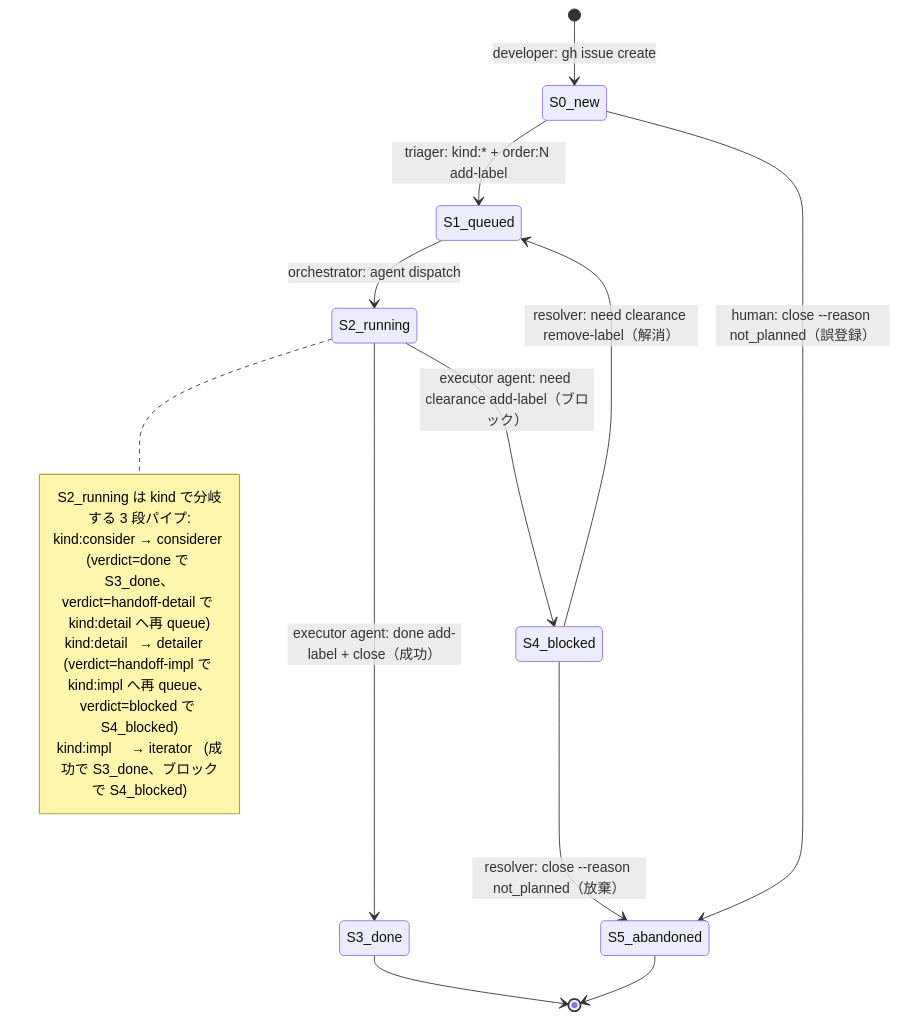
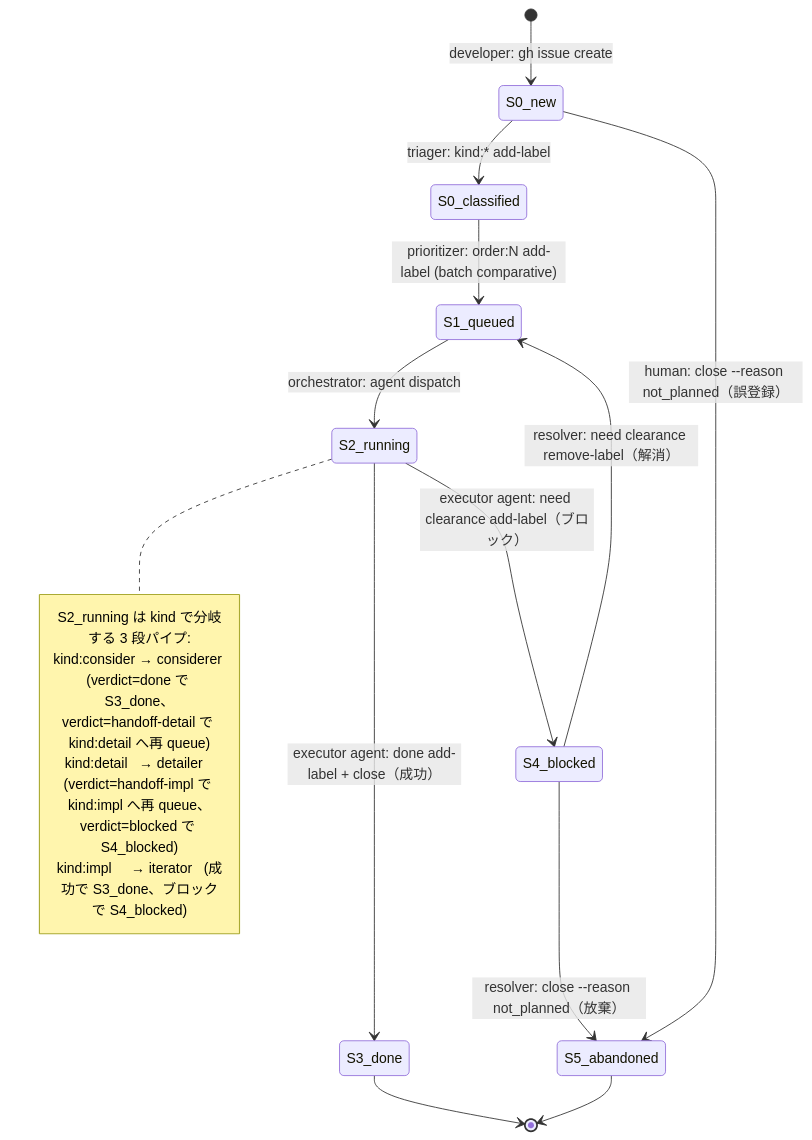
Before and after one commit to tettuan/climpt: the first of 3 diagrams in .agent/workflow-issue-states.md, drawn with Mermaid. The commit also changed other lines of this file and 9 other files, not shown here.

````diff
--- a/.agent/workflow-issue-states.md
+++ b/.agent/workflow-issue-states.md
@@ -35,27 +36,28 @@
 ```mermaid
 stateDiagram-v2
     [*] --> S0_new : developer: gh issue create
 
-    S0_new --> S1_queued : triager: kind:* + order:N add-label
+    S0_new --> S0_classified : triager: kind:* add-label
+    S0_classified --> S1_queued : prioritizer: order:N add-label (batch comparative)
 
     S1_queued --> S2_running : orchestrator: agent dispatch
     S2_running --> S3_done   : executor agent: done add-label + close（成功）
     S2_running --> S4_blocked : executor agent: need clearance add-label（ブロック）
 
     note right of S2_running
       S2_running は kind で分岐する 3 段パイプ:
       kind:consider → considerer (verdict=done で S3_done、
                                    verdict=handoff-detail で kind:detail へ再 queue)
       kind:detail   → detailer   (verdict=handoff-impl で kind:impl へ再 queue、
                                    verdict=blocked で S4_blocked)
       kind:impl     → iterator   (成功で S3_done、ブロックで S4_blocked)
     end note
 
     S4_blocked --> S1_queued   : resolver: need clearance remove-label（解消）
     S4_blocked --> S5_abandoned : resolver: close --reason not_planned（放棄）
 
     S0_new --> S5_abandoned : human: close --reason not_planned（誤登録）
 
     S3_done --> [*]
     S5_abandoned --> [*]
 ```
````
